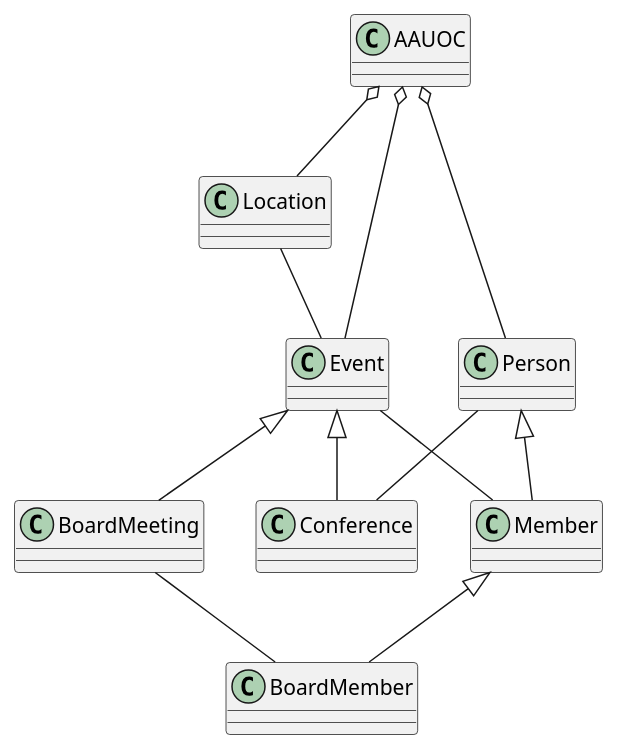
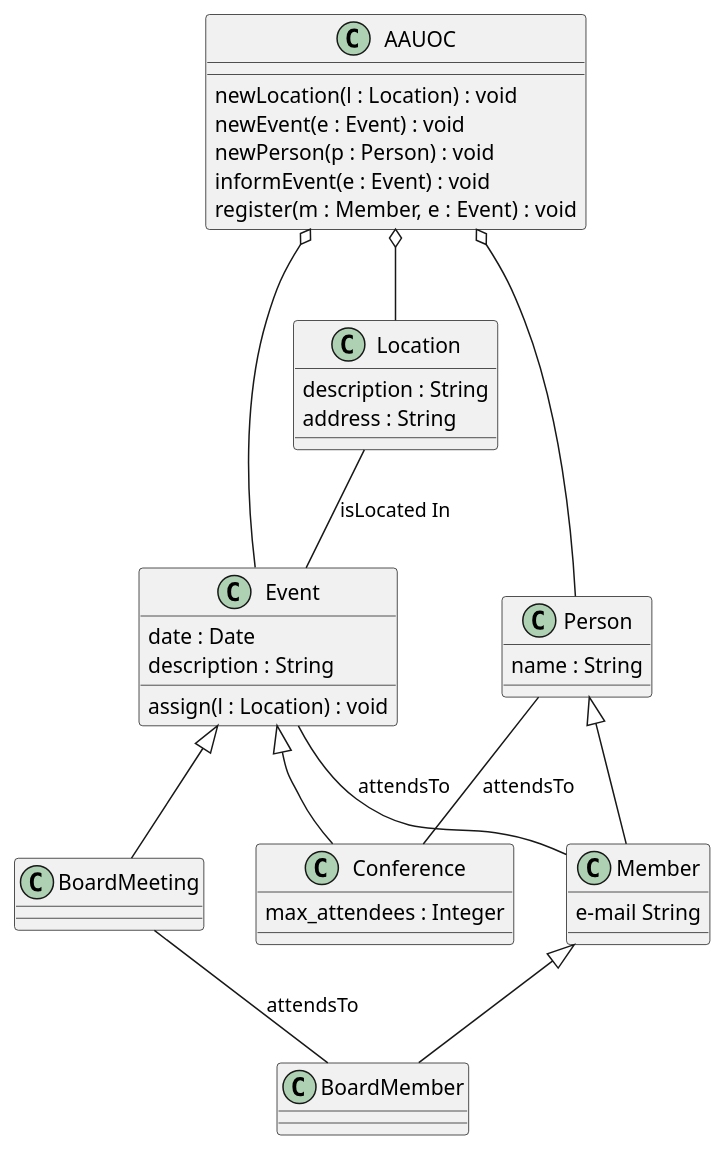
One commit to angelmaciaaa/UMLClases-AngelMacia changed the diagram in src/AsociacionAntiguosAlumnos.puml. Above: the diagram before and after it, drawn with PlantUML.

Commit message:
Tercer Commit. Paso 3 realizado.

```diff
--- a/src/AsociacionAntiguosAlumnos.puml
+++ b/src/AsociacionAntiguosAlumnos.puml
@@ -1,23 +1,42 @@
 @startuml
-class Member{}
+class Member{
+    e-mail String
+}
 class BoardMember{}
-class Event{}
-class Conference{}
+class Event{
+    date : Date
+    description : String
+    assign(l : Location) : void
+}
+class Conference{
+    max_attendees : Integer
+}
 class BoardMeeting{}
-class Location{}
-class Person{}
+class Location{
+    description : String
+    address : String
+}
+class Person{
+    name : String
+}
 Event <|-- Conference
 Event <|-- BoardMeeting
 
 Person <|-- Member
 Member <|-- BoardMember
 
-class AAUOC{}
+class AAUOC{
+    newLocation(l : Location) : void
+    newEvent(e : Event) : void
+    newPerson(p : Person) : void
+    informEvent(e : Event) : void
+    register(m : Member, e : Event) : void
+}
 AAUOC o-- Person
 AAUOC o-- Event
 AAUOC o-- Location
-Person -- Conference
-Location -- Event
-Event -- Member
-BoardMeeting -- BoardMember
+Person -- Conference : attendsTo
+Location -- Event : isLocated In
+Event -- Member : attendsTo
+BoardMeeting -- BoardMember : attendsTo
 @enduml
```
